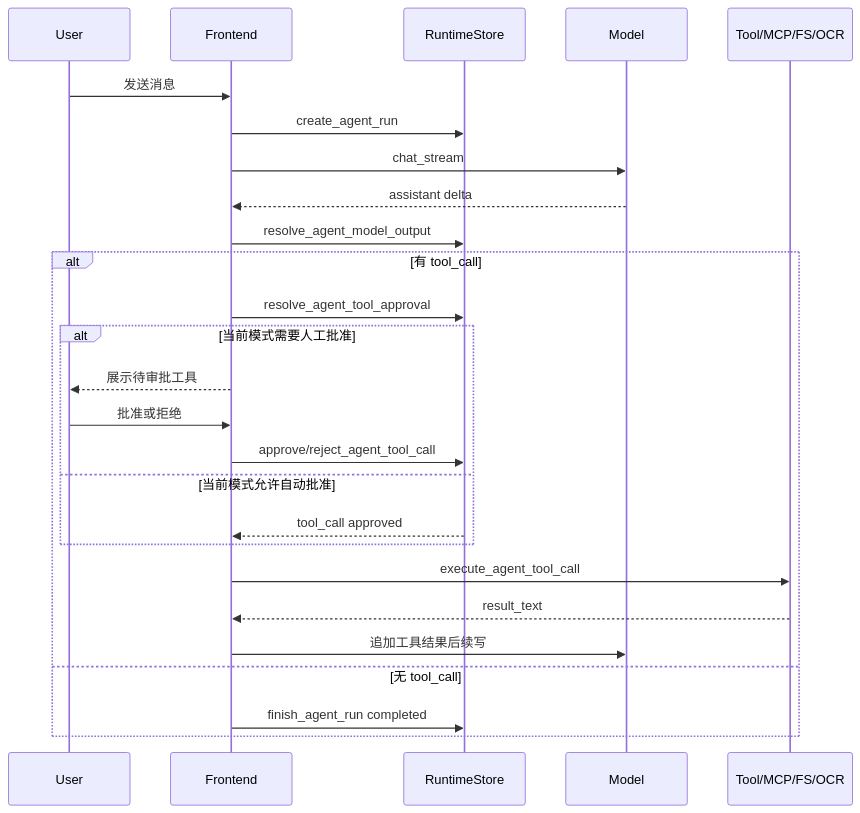
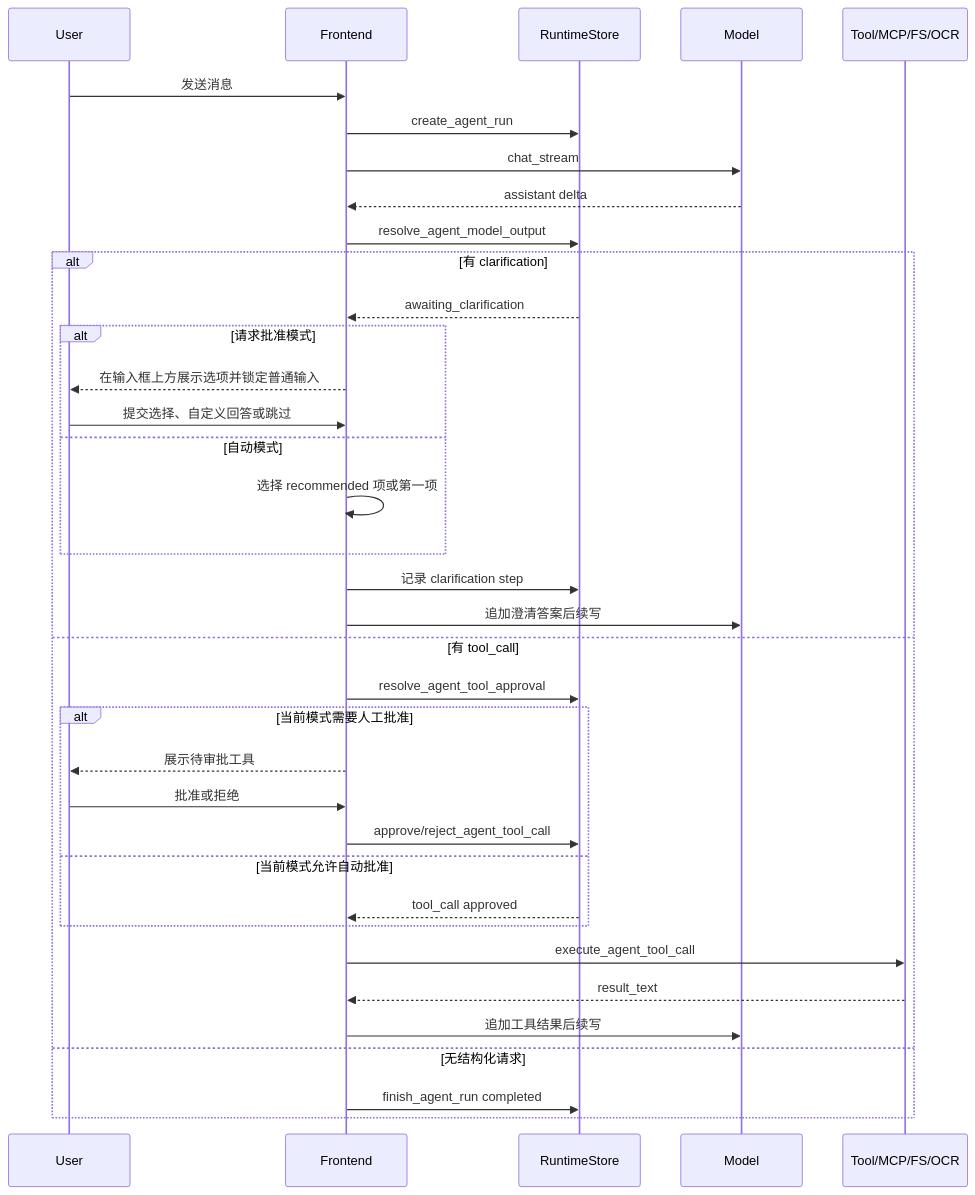
Before and after one commit to NanoAgentCode/NanoDesk: the diagram in docs/智能体检索增强与扩展工具设计.md, drawn with Mermaid. The commit also changed other lines of this file and 20 other files, not shown here.

````diff
--- a/docs/智能体检索增强与扩展工具设计.md
+++ b/docs/智能体检索增强与扩展工具设计.md
@@ -61,29 +63,39 @@
 ```mermaid
 sequenceDiagram
   participant U as User
   participant FE as Frontend
   participant RT as RuntimeStore
   participant LLM as Model
   participant Tool as Tool/MCP/FS/OCR
 
   U->>FE: 发送消息
   FE->>RT: create_agent_run
   FE->>LLM: chat_stream
   LLM-->>FE: assistant delta
   FE->>RT: resolve_agent_model_output
-  alt 有 tool_call
+  alt 有 clarification
+    RT-->>FE: awaiting_clarification
+    alt 请求批准模式
+      FE-->>U: 在输入框上方展示选项并锁定普通输入
+      U->>FE: 提交选择、自定义回答或跳过
+    else 自动模式
+      FE->>FE: 选择 recommended 项或第一项
+    end
+    FE->>RT: 记录 clarification step
+    FE->>LLM: 追加澄清答案后续写
+  else 有 tool_call
     FE->>RT: resolve_agent_tool_approval
     alt 当前模式需要人工批准
       FE-->>U: 展示待审批工具
       U->>FE: 批准或拒绝
       FE->>RT: approve/reject_agent_tool_call
     else 当前模式允许自动批准
       RT-->>FE: tool_call approved
     end
     FE->>Tool: execute_agent_tool_call
     Tool-->>FE: result_text
     FE->>LLM: 追加工具结果后续写
-  else 无 tool_call
+  else 无结构化请求
     FE->>RT: finish_agent_run completed
   end
 ```
````
